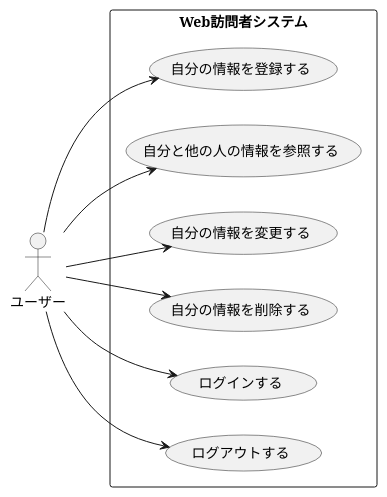
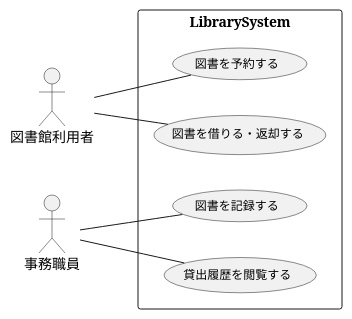
The diagram in kouka_library/usecase.pu (ghbuser12/ohara_uml), drawn with PlantUML before and after one commit. The commit also changed 1 other file, not shown here.

```diff
--- a/kouka_library/usecase.pu
+++ b/kouka_library/usecase.pu
@@ -1,19 +1,23 @@
-@startuml Web訪問者システムユースケース図
+@startuml usecase_library
 left to right direction
-actor ユーザー as U
- 
-rectangle Web訪問者システム {
-  usecase "自分の情報を登録する" as UC1
-  usecase "自分と他の人の情報を参照する" as UC2
-  usecase "自分の情報を変更する" as UC3
-  usecase "自分の情報を削除する" as UC4
-  usecase "ログインする" as UC5
-  usecase "ログアウトする" as UC6
+skinparam usecase {
+  FontSize 12
 }
-U --> UC1
-U --> UC2
-U --> UC3
-U --> UC4
-U --> UC5
-U --> UC6
+
+actor 図書館利用者 as User
+actor 事務職員 as staff
+
+rectangle "LibrarySystem" {
+  usecase UC01 as "図書を予約する"
+  usecase UC02 as "図書を借りる・返却する"
+  usecase UC03 as "図書を記録する"
+  usecase UC04 as "貸出履歴を閲覧する"
+}
+
+User -- UC01
+User -- UC02
+
+staff -- UC03
+staff -- UC04
+
 @enduml
```
